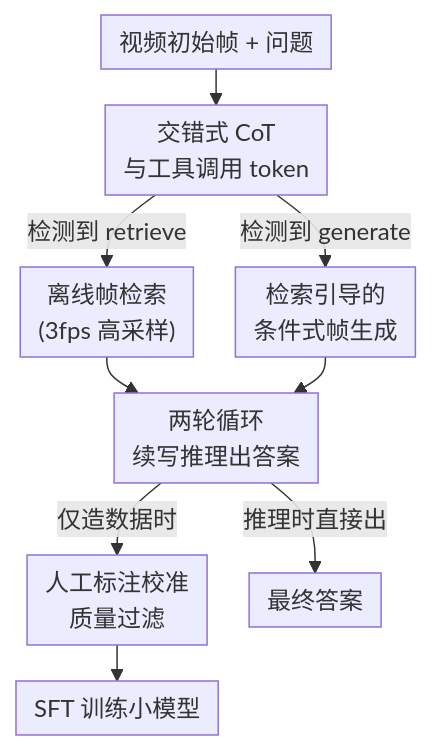
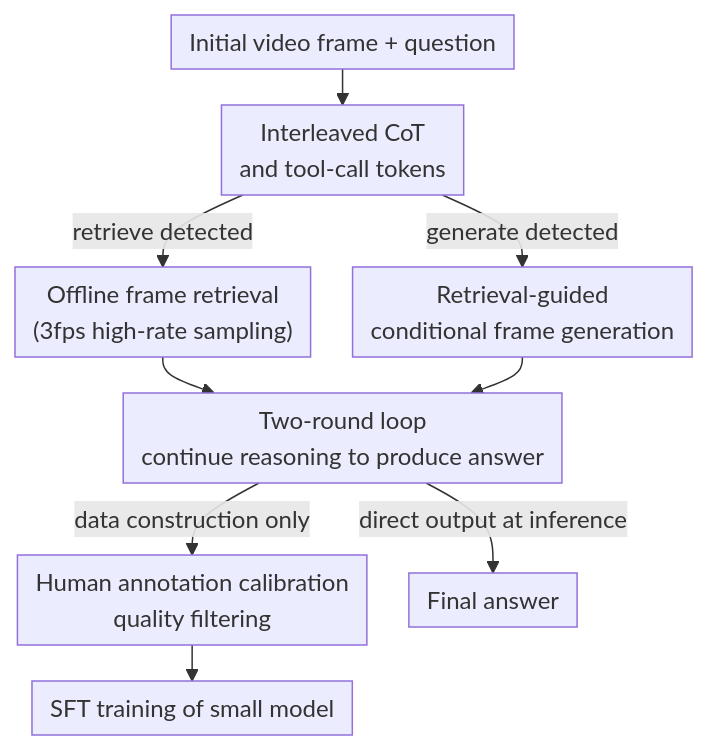
The diagram in docs/CVPR2026/vlm_reasoning/act2see_emergent_active_visual_perception_for_video_reasoning.md (zhaoyang97/Paper-Notes-en), drawn with Mermaid before and after one commit. The commit also changed 644 other files, not shown here.

````diff
--- a/docs/CVPR2026/vlm_reasoning/act2see_emergent_active_visual_perception_for_video_reasoning.md
+++ b/docs/CVPR2026/vlm_reasoning/act2see_emergent_active_visual_perception_for_video_reasoning.md
@@ -47,12 +47,12 @@
 ```mermaid
 %%{init: {'flowchart': {'rankSpacing': 24, 'nodeSpacing': 28, 'padding': 6, 'wrappingWidth': 400}}}%%
 flowchart TD
-    A["视频初始帧 + 问题"] --> B["交错式 CoT<br/>与工具调用 token"]
-    B -->|检测到 retrieve| C["离线帧检索<br/>(3fps 高采样)"]
-    B -->|检测到 generate| D["检索引导的<br/>条件式帧生成"]
-    C --> E["两轮循环<br/>续写推理出答案"]
+    A["Initial video frame + question"] --> B["Interleaved CoT<br/>and tool-call tokens"]
+    B -->|retrieve detected| C["Offline frame retrieval<br/>(3fps high-rate sampling)"]
+    B -->|generate detected| D["Retrieval-guided<br/>conditional frame generation"]
+    C --> E["Two-round loop<br/>continue reasoning to produce answer"]
     D --> E
-    E -->|仅造数据时| F["人工标注校准<br/>质量过滤"]
-    F --> G["SFT 训练小模型"]
-    E -->|推理时直接出| H["最终答案"]
+    E -->|data construction only| F["Human annotation calibration<br/>quality filtering"]
+    F --> G["SFT training of small model"]
+    E -->|direct output at inference| H["Final answer"]
 ```
````
